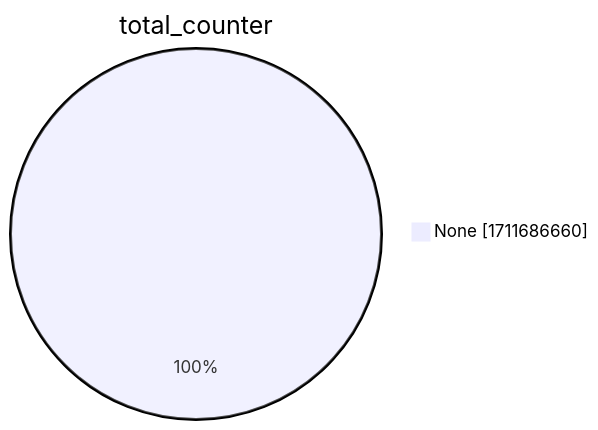
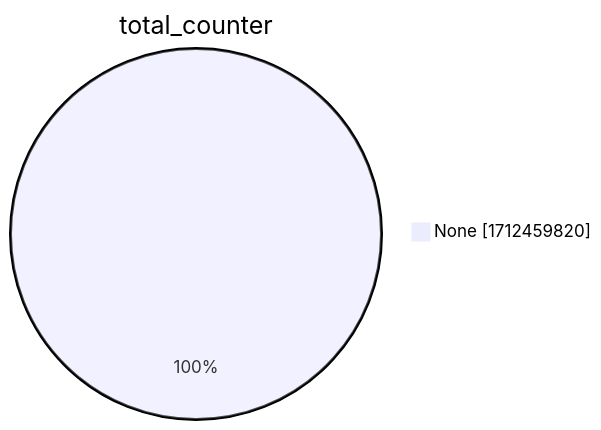
Before and after one commit to christiankrug/ctmonitor_visualization: the second of 15 diagrams in xenon2022/README.md, drawn with Mermaid. The commit also changed other lines of this file, not shown here.

````diff
--- a/xenon2022/README.md
+++ b/xenon2022/README.md
@@ -9,5 +9,5 @@
 ```mermaid
 pie showData
 title total_counter
-"None" :1711686660
+"None" :1712459820
 ```
````
